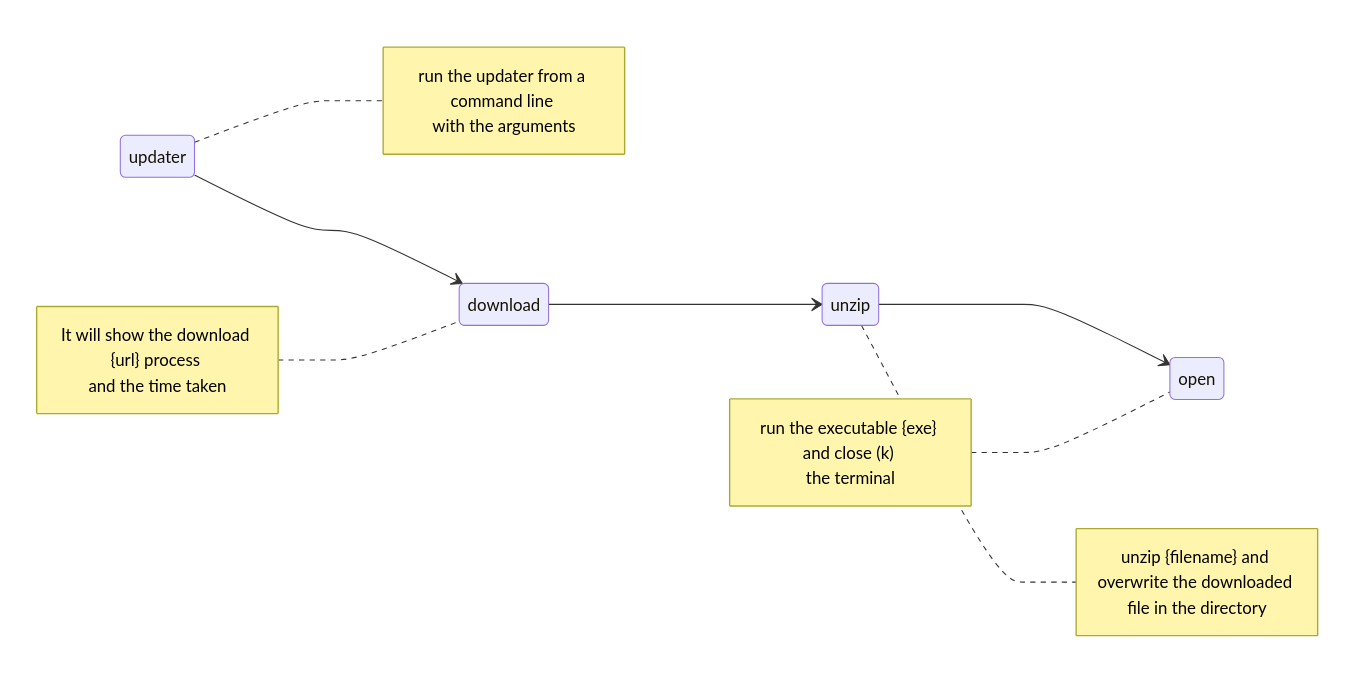
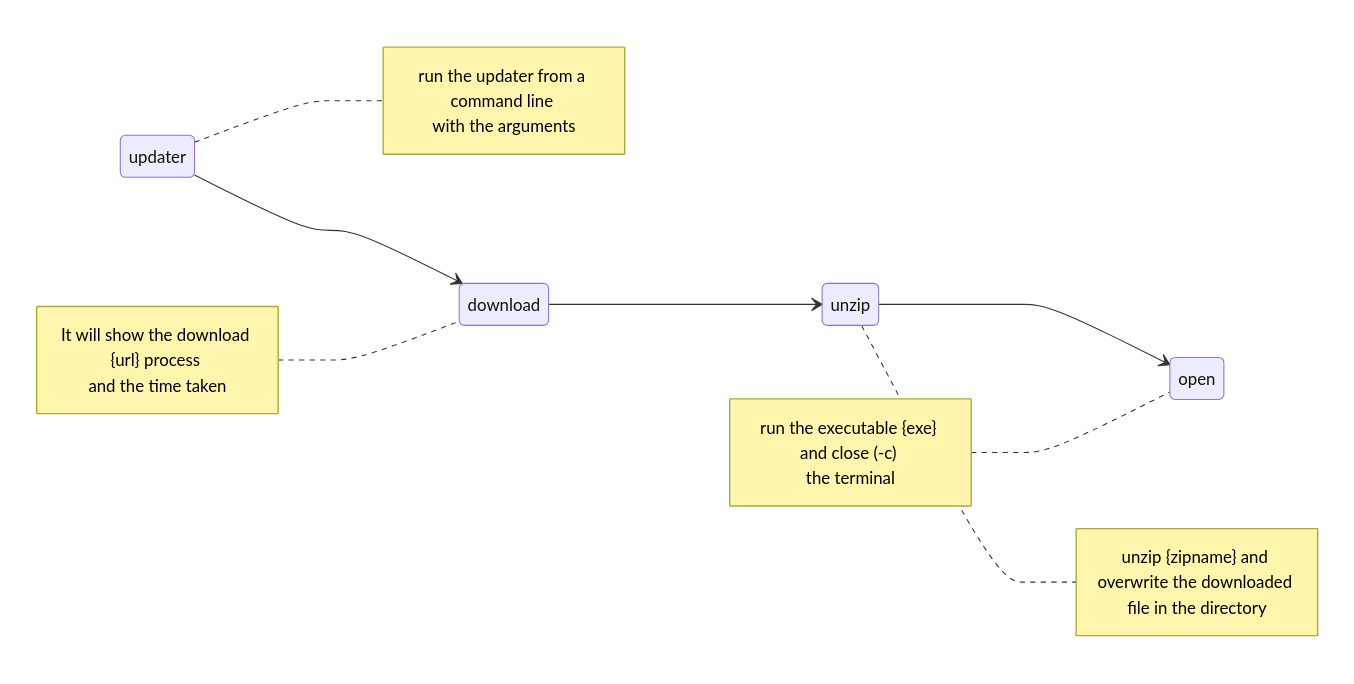
The diagram in README.md (danijerez/updater), drawn with Mermaid before and after one commit. The commit also changed other lines of this file and 5 other files, not shown here.

````diff
--- a/README.md
+++ b/README.md
@@ -11,27 +13,27 @@
 ```mermaid
 stateDiagram-v2
     direction LR
     updater --> download
     download --> unzip
     unzip --> open
     
     note right of updater
         run the updater from a command line 
         with the arguments
     end note
 
     note left of download
         It will show the download {url} process 
         and the time taken
     end note
     
     note right of unzip
-        unzip {filename} and overwrite the downloaded 
+        unzip {zipname} and overwrite the downloaded 
         file in the directory
     end note
     
     note left of open
-        run the executable {exe} and close (k) 
+        run the executable {exe} and close (-c) 
         the terminal
     end note
 ```
````
